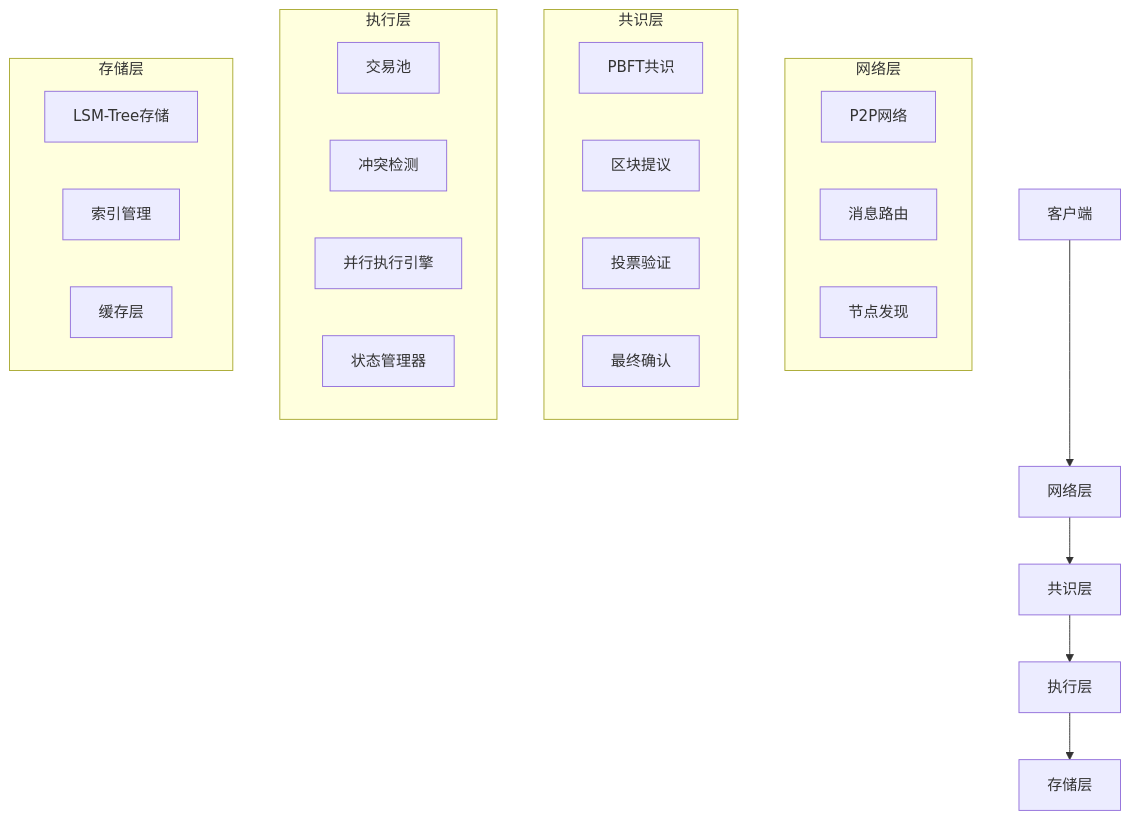
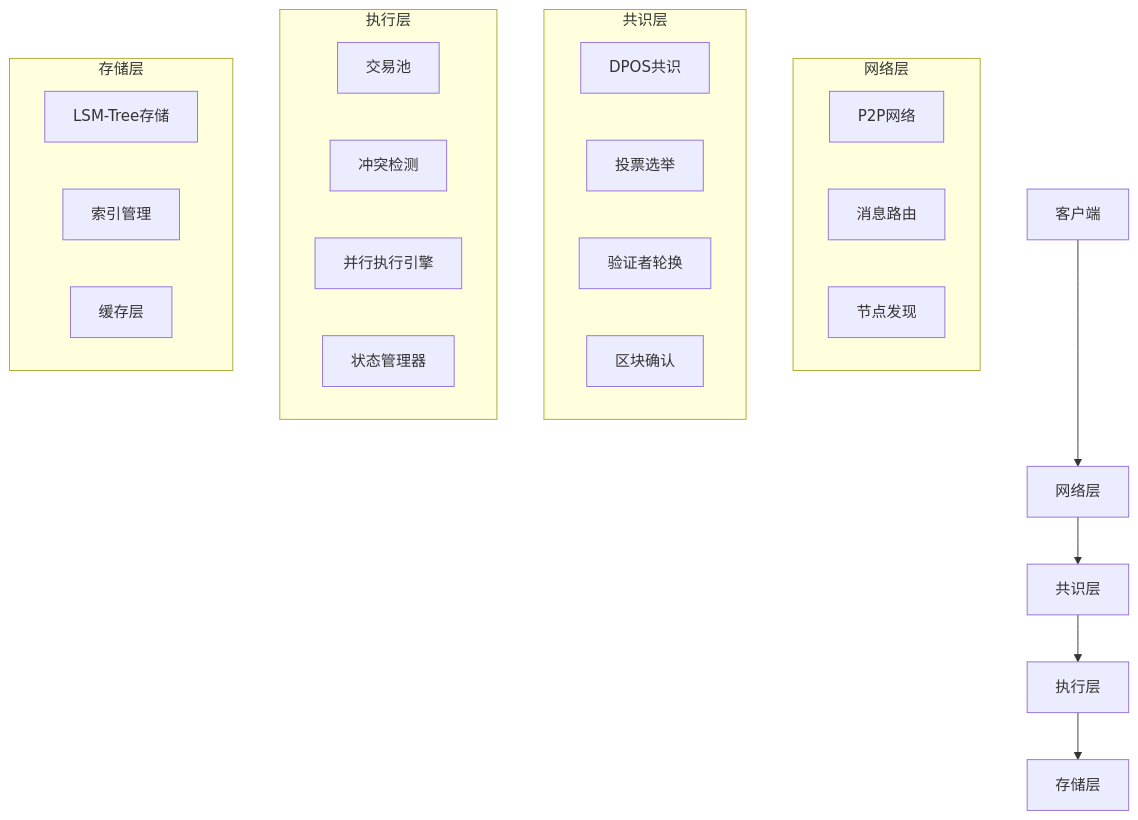
Before and after one commit to lengzhao/chain: the diagram in docs/architecture.md, drawn with Mermaid. The commit also changed other lines of this file and 21 other files, not shown here.

````diff
--- a/docs/architecture.md
+++ b/docs/architecture.md
@@ -9,33 +9,33 @@
 ```mermaid
 graph TB
     A[客户端] --> B[网络层]
     B --> C[共识层]
     C --> D[执行层]
     D --> E[存储层]
     
     subgraph "网络层"
         B1[P2P网络]
         B2[消息路由]
         B3[节点发现]
     end
     
     subgraph "共识层"
-        C1[PBFT共识]
-        C2[区块提议]
-        C3[投票验证]
-        C4[最终确认]
+        C1[DPOS共识]
+        C2[投票选举]
+        C3[验证者轮换]
+        C4[区块确认]
     end
     
     subgraph "执行层"
         D1[交易池]
         D2[冲突检测]
         D3[并行执行引擎]
         D4[状态管理器]
     end
     
     subgraph "存储层"
         E1[LSM-Tree存储]
         E2[索引管理]
         E3[缓存层]
     end
 ```
````
